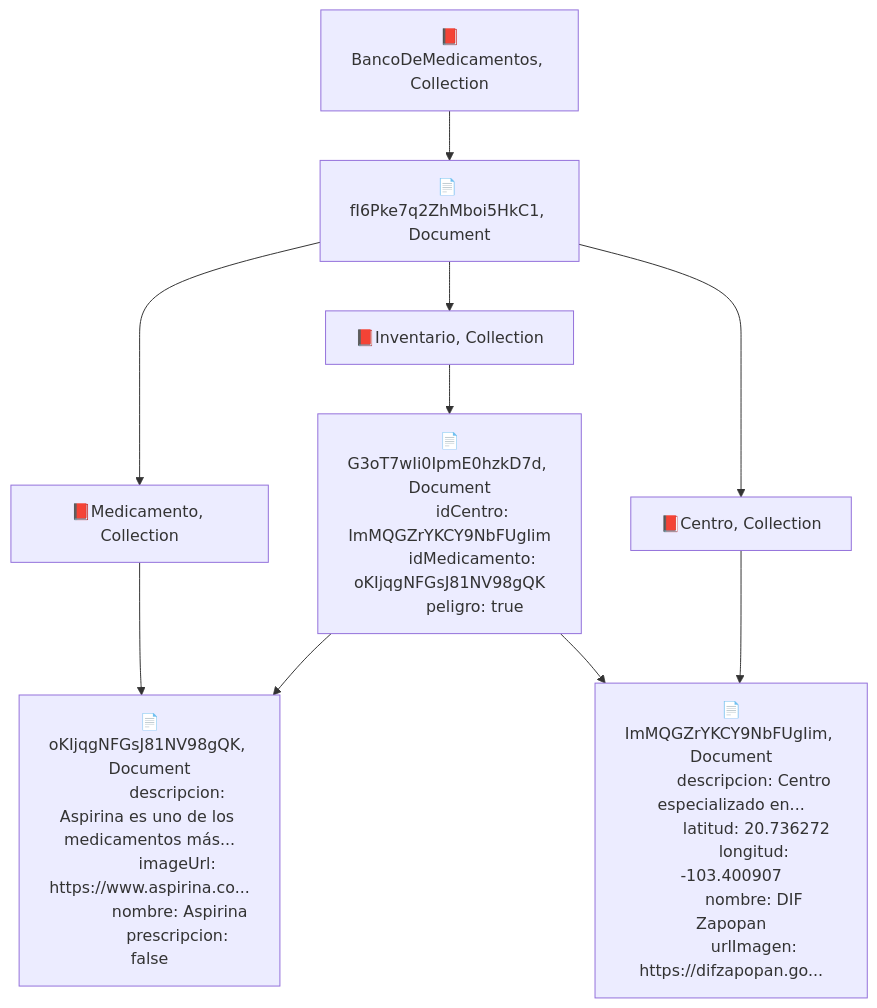
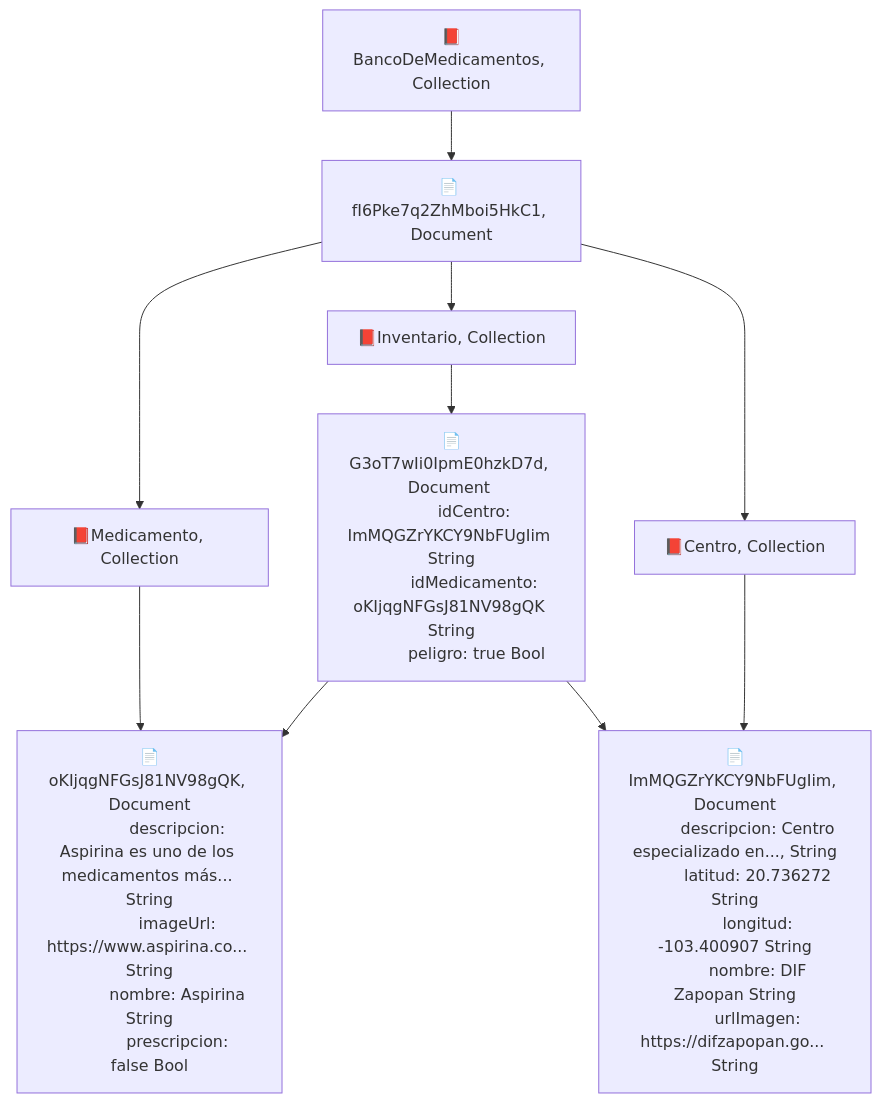
One commit to SantiagoVeraEspinoza/Banco_de_Medicamentos_App changed the diagram in docs/database-firestore.md. Above: the diagram before and after it, drawn with Mermaid.

Commit message:
Add datatypes firestore diagram

````diff
--- a/docs/database-firestore.md
+++ b/docs/database-firestore.md
@@ -1,25 +1,25 @@
 ```mermaid
 flowchart TD
   A["📕BancoDeMedicamentos, Collection"] --> B["📄 fI6Pke7q2ZhMboi5HkC1, Document"]
   B --> C["📕Medicamento, Collection"]
   B --> D["📕Inventario, Collection"]
   B --> E["📕Centro, Collection"]
   C --> F["📄oKIjqgNFGsJ81NV98gQK, Document
-            descripcion: Aspirina es uno de los medicamentos más...
-            imageUrl: https://www.aspirina.co...
-            nombre: Aspirina
-            prescripcion: false"]
+            descripcion: Aspirina es uno de los medicamentos más... String
+            imageUrl: https://www.aspirina.co... String
+            nombre: Aspirina String
+            prescripcion: false Bool"]
   E --> G["📄ImMQGZrYKCY9NbFUgIim, Document
-          descripcion: Centro especializado en...
-          latitud: 20.736272
-          longitud: -103.400907
-          nombre: DIF Zapopan
-          urlImagen: https://difzapopan.go..."]
-  D --> H["📄G3oT7wIi0IpmE0hzkD7d, Document
-          idCentro: ImMQGZrYKCY9NbFUgIim
-          idMedicamento: oKIjqgNFGsJ81NV98gQK
-          peligro: true"]
+          descripcion: Centro especializado en..., String
+          latitud: 20.736272 String
+          longitud: -103.400907 String
+          nombre: DIF Zapopan String
+          urlImagen: https://difzapopan.go... String"]
+  D --> H["📄G3oT7wIi0IpmE0hzkD7d, Document 
+          idCentro: ImMQGZrYKCY9NbFUgIim String
+          idMedicamento: oKIjqgNFGsJ81NV98gQK String
+          peligro: true Bool"]
   H --> F
   H --> G
   
 ```
````
